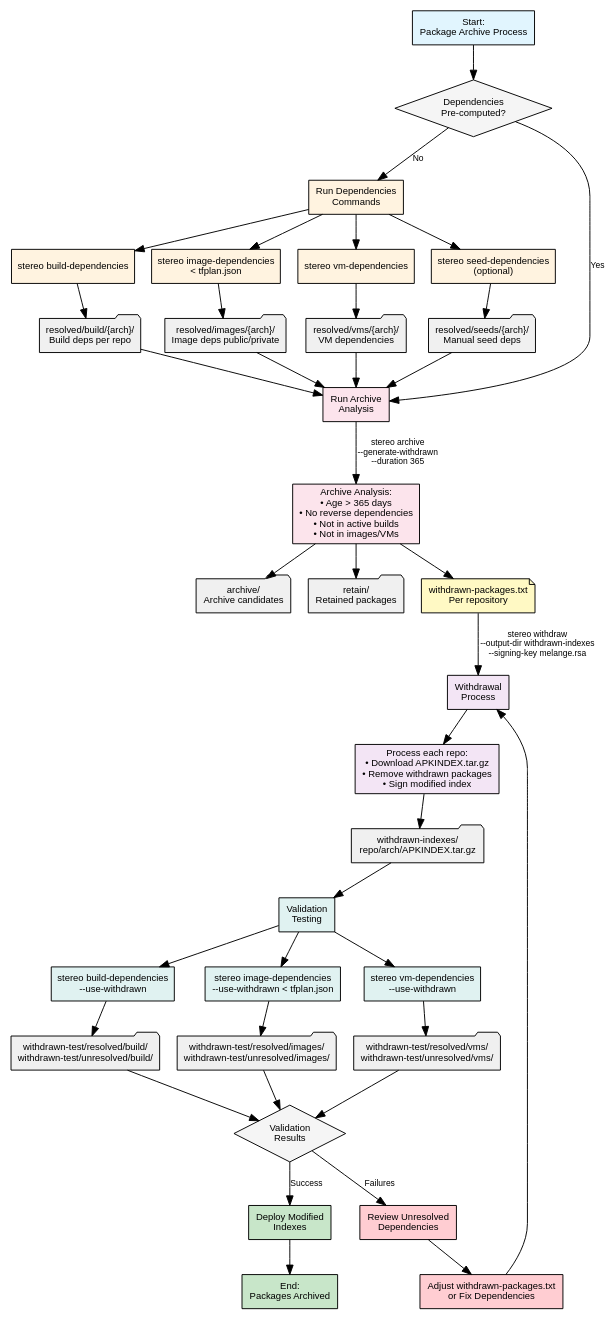
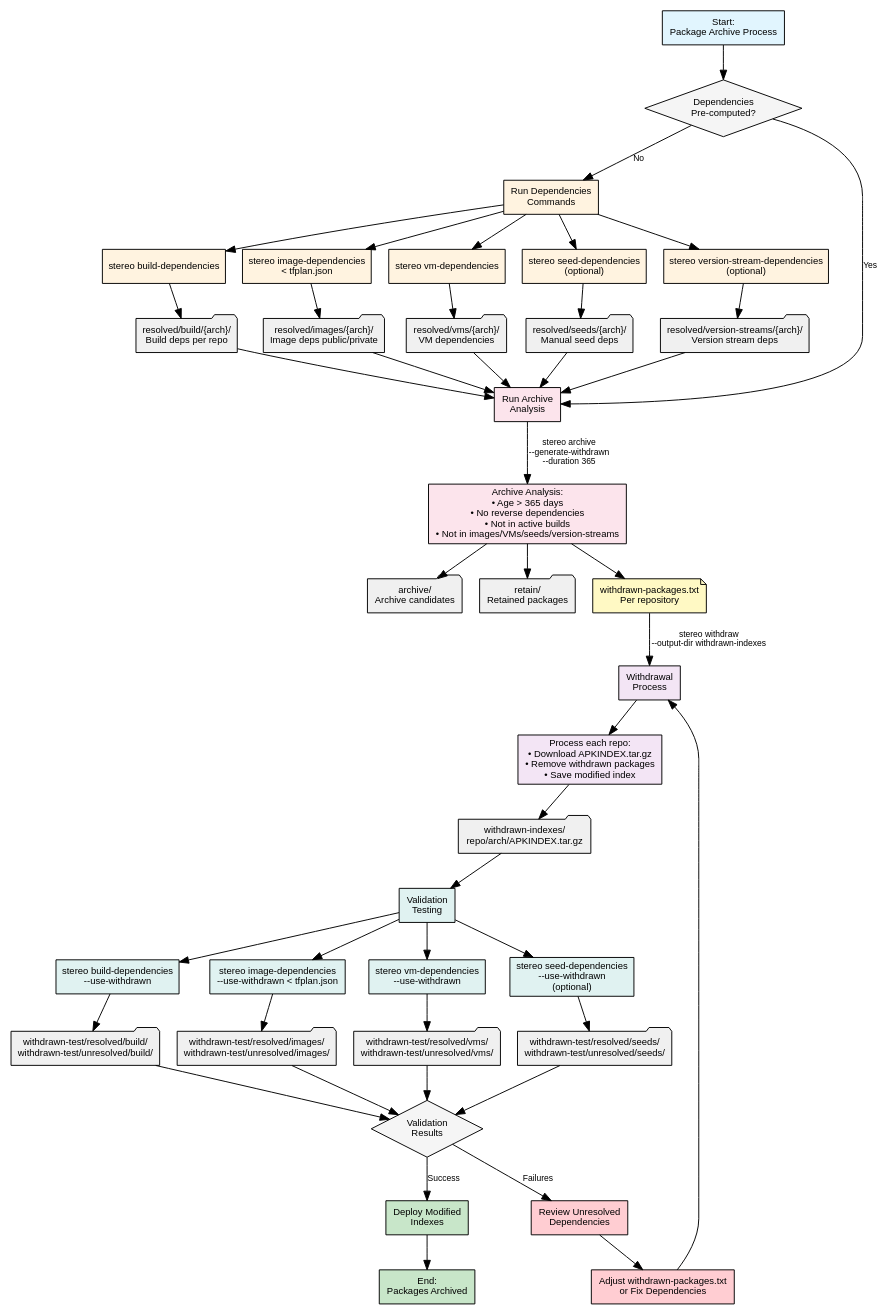
Before and after one commit to EyeCantCU/os: the diagram in docs/diagrams/01-complete-workflow.md, drawn with Graphviz. The commit also changed 3 other files, not shown here.

Commit message:
Misc updates to diagrams

```diff
--- a/docs/diagrams/01-complete-workflow.md
+++ b/docs/diagrams/01-complete-workflow.md
@@ -28,32 +28,36 @@
     C2 [label="stereo image-dependencies\n< tfplan.json", fillcolor="#fff3e0"];
     C3 [label="stereo vm-dependencies", fillcolor="#fff3e0"];
     C4 [label="stereo seed-dependencies\n(optional)", fillcolor="#fff3e0"];
+    C5 [label="stereo version-stream-dependencies\n(optional)", fillcolor="#fff3e0"];
 
     // Dependencies outputs
     C1A [label="resolved/build/{arch}/\nBuild deps per repo", shape=folder, fillcolor="#f0f0f0"];
     C2A [label="resolved/images/{arch}/\nImage deps public/private", shape=folder, fillcolor="#f0f0f0"];
     C3A [label="resolved/vms/{arch}/\nVM dependencies", shape=folder, fillcolor="#f0f0f0"];
     C4A [label="resolved/seeds/{arch}/\nManual seed deps", shape=folder, fillcolor="#f0f0f0"];
+    C5A [label="resolved/version-streams/{arch}/\nVersion stream deps", shape=folder, fillcolor="#f0f0f0"];
 
     // Archive process
-    D1 [label="Archive Analysis:\n• Age > 365 days\n• No reverse dependencies\n• Not in active builds\n• Not in images/VMs", fillcolor="#fce4ec"];
+    D1 [label="Archive Analysis:\n• Age > 365 days\n• No reverse dependencies\n• Not in active builds\n• Not in images/VMs/seeds/version-streams", fillcolor="#fce4ec"];
     D2 [label="archive/\nArchive candidates", shape=folder, fillcolor="#f0f0f0"];
     D3 [label="retain/\nRetained packages", shape=folder, fillcolor="#f0f0f0"];
     D4 [label="withdrawn-packages.txt\nPer repository", shape=note, fillcolor="#fff9c4"];
 
     // Withdraw process
-    E1 [label="Process each repo:\n• Download APKINDEX.tar.gz\n• Remove withdrawn packages\n• Sign modified index", fillcolor="#f3e5f5"];
+    E1 [label="Process each repo:\n• Download APKINDEX.tar.gz\n• Remove withdrawn packages\n• Save modified index", fillcolor="#f3e5f5"];
     E2 [label="withdrawn-indexes/\nrepo/arch/APKINDEX.tar.gz", shape=folder, fillcolor="#f0f0f0"];
 
     // Validation commands
     F1 [label="stereo build-dependencies\n--use-withdrawn", fillcolor="#e0f2f1"];
     F2 [label="stereo image-dependencies\n--use-withdrawn < tfplan.json", fillcolor="#e0f2f1"];
     F3 [label="stereo vm-dependencies\n--use-withdrawn", fillcolor="#e0f2f1"];
+    F4 [label="stereo seed-dependencies\n--use-withdrawn\n(optional)", fillcolor="#e0f2f1"];
 
     // Validation outputs
     F1A [label="withdrawn-test/resolved/build/\nwithdrawn-test/unresolved/build/", shape=folder, fillcolor="#f0f0f0"];
     F2A [label="withdrawn-test/resolved/images/\nwithdrawn-test/unresolved/images/", shape=folder, fillcolor="#f0f0f0"];
     F3A [label="withdrawn-test/resolved/vms/\nwithdrawn-test/unresolved/vms/", shape=folder, fillcolor="#f0f0f0"];
+    F4A [label="withdrawn-test/resolved/seeds/\nwithdrawn-test/unresolved/seeds/", shape=folder, fillcolor="#f0f0f0"];
 
     // Main flow
     A -> B;
@@ -65,16 +69,19 @@
     C -> C2;
     C -> C3;
     C -> C4;
+    C -> C5;
 
     C1 -> C1A;
     C2 -> C2A;
     C3 -> C3A;
     C4 -> C4A;
+    C5 -> C5A;
 
     C1A -> D;
     C2A -> D;
     C3A -> D;
     C4A -> D;
+    C5A -> D;
 
     // Archive phase
     D -> D1 [label="stereo archive\n--generate-withdrawn\n--duration 365"];
@@ -83,7 +90,7 @@
     D1 -> D4;
 
     // Withdraw phase
-    D4 -> E [label="stereo withdraw\n--output-dir withdrawn-indexes\n--signing-key melange.rsa"];
+    D4 -> E [label="stereo withdraw\n--output-dir withdrawn-indexes"];
     E -> E1;
     E1 -> E2;
 
@@ -92,14 +99,17 @@
     F -> F1;
     F -> F2;
     F -> F3;
+    F -> F4;
 
     F1 -> F1A;
     F2 -> F2A;
     F3 -> F3A;
+    F4 -> F4A;
 
     F1A -> G;
     F2A -> G;
     F3A -> G;
+    F4A -> G;
 
     // Results
     G -> H [label="Success"];
```
